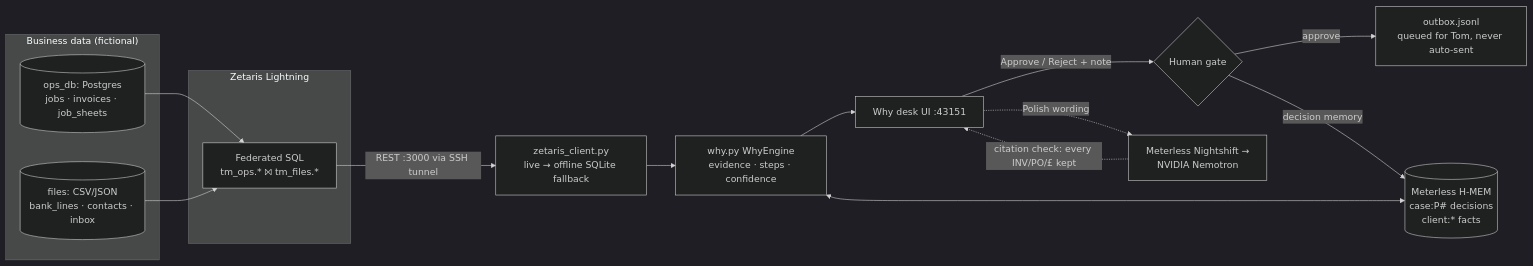
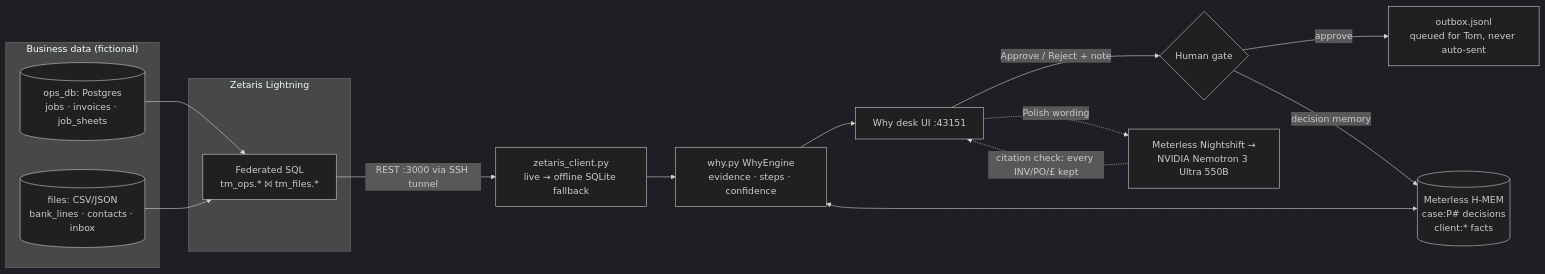
Before and after one commit to MNLABSUK/trade-memory: the diagram in README.md, drawn with Mermaid (dark theme). The commit also changed other lines of this file, not shown here.

Commit message:
README: Track 03 Reasoning Architecture; name Nemotron 3 Ultra 550B via Nightshift with Qwen 2.5 3B / Nebius fallbacks

````diff
--- a/README.md
+++ b/README.md
@@ -26,21 +28,21 @@
 ```mermaid
 flowchart LR
   subgraph Sources["Business data (fictional)"]
     OPS[(ops_db: Postgres<br/>jobs · invoices · job_sheets)]
     FILES[(files: CSV/JSON<br/>bank_lines · contacts · inbox)]
   end
   subgraph Z["Zetaris Lightning"]
     FED[Federated SQL<br/>tm_ops.* ⨝ tm_files.*]
   end
   OPS --> FED
   FILES --> FED
   FED -- REST :3000 via SSH tunnel --> ZC[zetaris_client.py<br/>live → offline SQLite fallback]
   ZC --> WHY[why.py WhyEngine<br/>evidence · steps · confidence]
   HMEM[(Meterless H-MEM<br/>case:P# decisions<br/>client:* facts)] <--> WHY
   WHY --> UI[Why desk UI :43151]
   UI -- Approve / Reject + note --> GATE{Human gate}
   GATE -- approve --> OUT[outbox.jsonl<br/>queued for Tom, never auto-sent]
   GATE -- decision memory --> HMEM
-  UI -. Polish wording .-> LLM[Meterless Nightshift →<br/>NVIDIA Nemotron]
+  UI -. Polish wording .-> LLM[Meterless Nightshift →<br/>NVIDIA Nemotron 3 Ultra 550B]
   LLM -. citation check: every INV/PO/£ kept .-> UI
 ```
````
